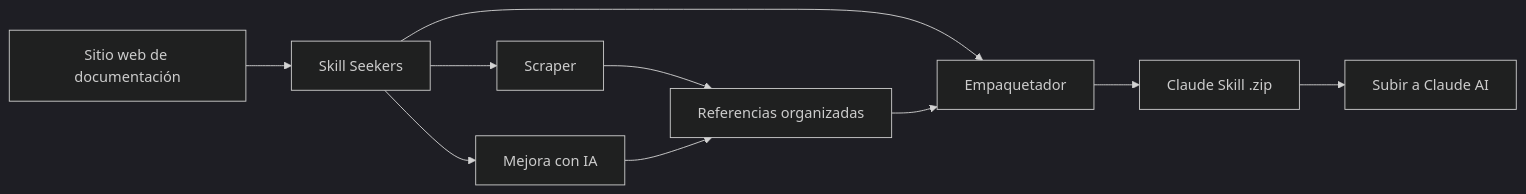
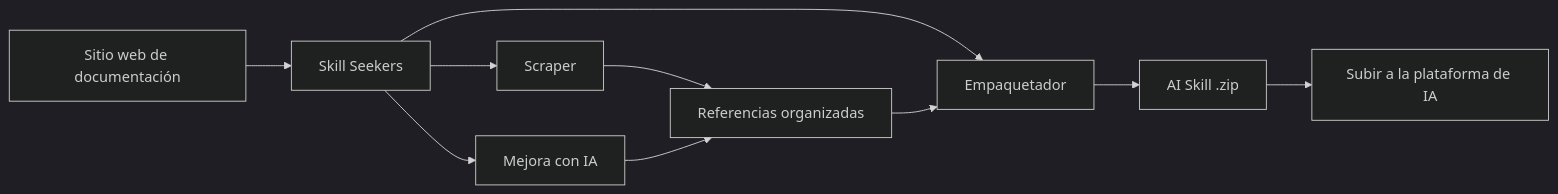
Before and after one commit to yusufkaraaslan/Skill_Seekers: the diagram in README.es.md, drawn with Mermaid (dark theme). The commit also changed other lines of this file and 38 other files, not shown here.

````diff
--- a/README.es.md
+++ b/README.es.md
@@ -877,12 +974,12 @@
 ```mermaid
 graph LR
     A[Sitio web de documentación] --> B[Skill Seekers]
     B --> C[Scraper]
     B --> D[Mejora con IA]
     B --> E[Empaquetador]
     C --> F[Referencias organizadas]
     D --> F
     F --> E
-    E --> G[Claude Skill .zip]
-    G --> H[Subir a Claude AI]
+    E --> G[AI Skill .zip]
+    G --> H[Subir a la plataforma de IA]
 ```
````
